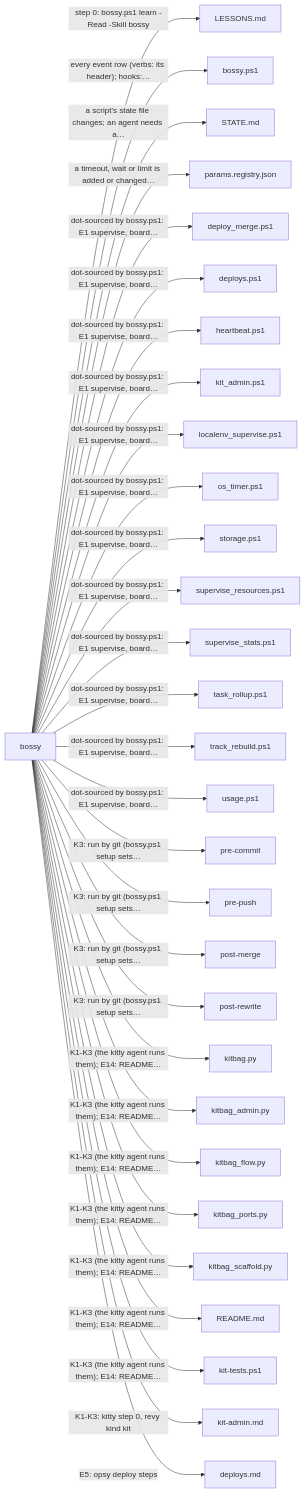
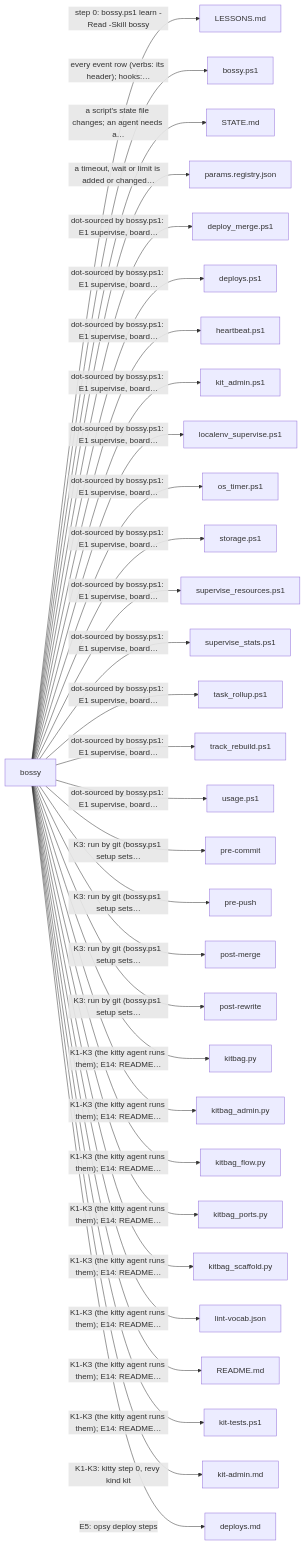
The third of 7 diagrams in README.md (prskid1000/claude-crew), drawn with Mermaid before and after one commit. The commit also changed other lines of this file and 6 other files, not shown here.

First line of the commit message:
feat(kitbag): ARCH-* lint rules, lint-vocab.json, no MIGRATION_LINE

````diff
--- a/README.md
+++ b/README.md
@@ -386,33 +386,34 @@
 ```mermaid
 flowchart LR
   skills_bossy_SKILL_md["bossy"]
   skills_bossy_SKILL_md -->|"step 0: bossy.ps1 learn -Read -Skill bossy"| LESSONS_md["LESSONS.md"]
   skills_bossy_SKILL_md -->|"every event row (verbs: its header); hooks:…"| skills_bossy_bossy_ps1["bossy.ps1"]
   skills_bossy_SKILL_md -->|"a script's state file changes; an agent needs a…"| skills_bossy_STATE_md["STATE.md"]
   skills_bossy_SKILL_md -->|"a timeout, wait or limit is added or changed…"| skills_bossy_params_registry_json["params.registry.json"]
   skills_bossy_SKILL_md -->|"dot-sourced by bossy.ps1: E1 supervise, board…"| skills_bossy_adapters_deploy_merge_ps1["deploy_merge.ps1"]
   skills_bossy_SKILL_md -->|"dot-sourced by bossy.ps1: E1 supervise, board…"| skills_bossy_adapters_deploys_ps1["deploys.ps1"]
   skills_bossy_SKILL_md -->|"dot-sourced by bossy.ps1: E1 supervise, board…"| skills_bossy_adapters_heartbeat_ps1["heartbeat.ps1"]
   skills_bossy_SKILL_md -->|"dot-sourced by bossy.ps1: E1 supervise, board…"| skills_bossy_adapters_kit_admin_ps1["kit_admin.ps1"]
   skills_bossy_SKILL_md -->|"dot-sourced by bossy.ps1: E1 supervise, board…"| skills_bossy_adapters_localenv_supervise_ps1["localenv_supervise.ps1"]
   skills_bossy_SKILL_md -->|"dot-sourced by bossy.ps1: E1 supervise, board…"| skills_bossy_adapters_os_timer_ps1["os_timer.ps1"]
   skills_bossy_SKILL_md -->|"dot-sourced by bossy.ps1: E1 supervise, board…"| skills_bossy_adapters_storage_ps1["storage.ps1"]
   skills_bossy_SKILL_md -->|"dot-sourced by bossy.ps1: E1 supervise, board…"| skills_bossy_adapters_supervise_resources_ps1["supervise_resources.ps1"]
   skills_bossy_SKILL_md -->|"dot-sourced by bossy.ps1: E1 supervise, board…"| skills_bossy_adapters_supervise_stats_ps1["supervise_stats.ps1"]
   skills_bossy_SKILL_md -->|"dot-sourced by bossy.ps1: E1 supervise, board…"| skills_bossy_adapters_task_rollup_ps1["task_rollup.ps1"]
   skills_bossy_SKILL_md -->|"dot-sourced by bossy.ps1: E1 supervise, board…"| skills_bossy_adapters_track_rebuild_ps1["track_rebuild.ps1"]
   skills_bossy_SKILL_md -->|"dot-sourced by bossy.ps1: E1 supervise, board…"| skills_bossy_adapters_usage_ps1["usage.ps1"]
   skills_bossy_SKILL_md -->|"K3: run by git (bossy.ps1 setup sets…"| _githooks_pre_commit["pre-commit"]
   skills_bossy_SKILL_md -->|"K3: run by git (bossy.ps1 setup sets…"| _githooks_pre_push["pre-push"]
   skills_bossy_SKILL_md -->|"K3: run by git (bossy.ps1 setup sets…"| _githooks_post_merge["post-merge"]
   skills_bossy_SKILL_md -->|"K3: run by git (bossy.ps1 setup sets…"| _githooks_post_rewrite["post-rewrite"]
   skills_bossy_SKILL_md -->|"K1-K3 (the kitty agent runs them); E14: README…"| skills_bossy_kitbag_py["kitbag.py"]
   skills_bossy_SKILL_md -->|"K1-K3 (the kitty agent runs them); E14: README…"| skills_bossy_kitbag_admin_py["kitbag_admin.py"]
   skills_bossy_SKILL_md -->|"K1-K3 (the kitty agent runs them); E14: README…"| skills_bossy_kitbag_flow_py["kitbag_flow.py"]
   skills_bossy_SKILL_md -->|"K1-K3 (the kitty agent runs them); E14: README…"| skills_bossy_kitbag_ports_py["kitbag_ports.py"]
   skills_bossy_SKILL_md -->|"K1-K3 (the kitty agent runs them); E14: README…"| skills_bossy_kitbag_scaffold_py["kitbag_scaffold.py"]
+  skills_bossy_SKILL_md -->|"K1-K3 (the kitty agent runs them); E14: README…"| skills_bossy_lint_vocab_json["lint-vocab.json"]
   skills_bossy_SKILL_md -->|"K1-K3 (the kitty agent runs them); E14: README…"| README_md["README.md"]
   skills_bossy_SKILL_md -->|"K1-K3 (the kitty agent runs them); E14: README…"| tests_kit_tests_ps1["kit-tests.ps1"]
   skills_bossy_SKILL_md -->|"K1-K3: kitty step 0, revy kind kit"| skills_bossy_kit_admin_md["kit-admin.md"]
   skills_bossy_SKILL_md -->|"E5: opsy deploy steps"| skills_bossy_deploys_md["deploys.md"]
 ```
````
